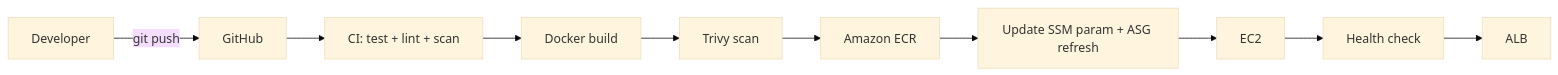
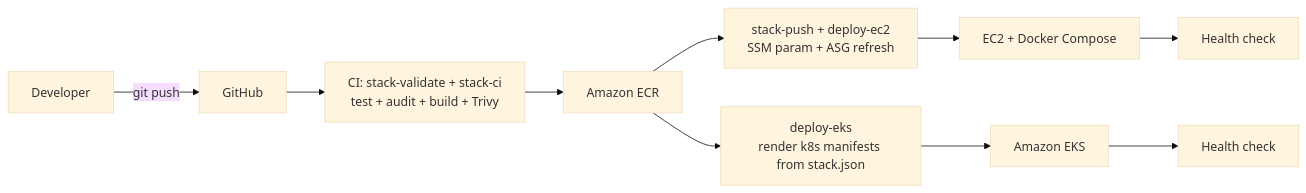
The second of 2 diagrams in docs/architecture/overview.md (shubhu-io/secure-3-tier-aws-web-application), drawn with Mermaid (base theme) before and after one commit. The commit also changed other lines of this file and 77 other files, not shown here.

First line of the commit message:
feat: manifest-driven stack.json + Jenkins module + generic k8s rendering

````diff
--- a/docs/architecture/overview.md
+++ b/docs/architecture/overview.md
@@ -65,12 +65,12 @@
 ```mermaid
 flowchart LR
     D[Developer] -->|git push| GH[GitHub]
-    GH --> CI[CI: test + lint + scan]
-    CI --> B[Docker build]
-    B --> TR[Trivy scan]
-    TR --> ECR[Amazon ECR]
-    ECR --> DEP[Update SSM param + ASG refresh]
-    DEP --> EC2[EC2]
+    GH --> CI[CI: stack-validate + stack-ci<br/>test + audit + build + Trivy]
+    CI --> ECR[Amazon ECR]
+    ECR --> DEP[stack-push + deploy-ec2<br/>SSM param + ASG refresh]
+    DEP --> EC2[EC2 + Docker Compose]
+    ECR --> DEPK[deploy-eks<br/>render k8s manifests from stack.json]
+    DEPK --> EKS[Amazon EKS]
     EC2 --> HC[Health check]
-    HC --> ALB
+    EKS --> HC2[Health check]
 ```
````
